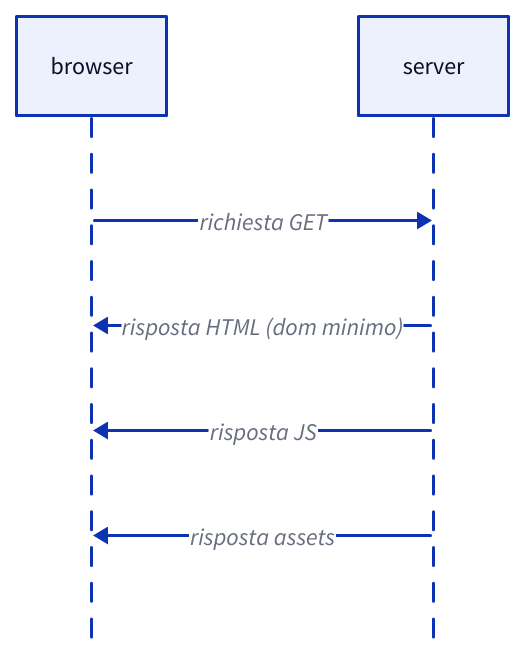
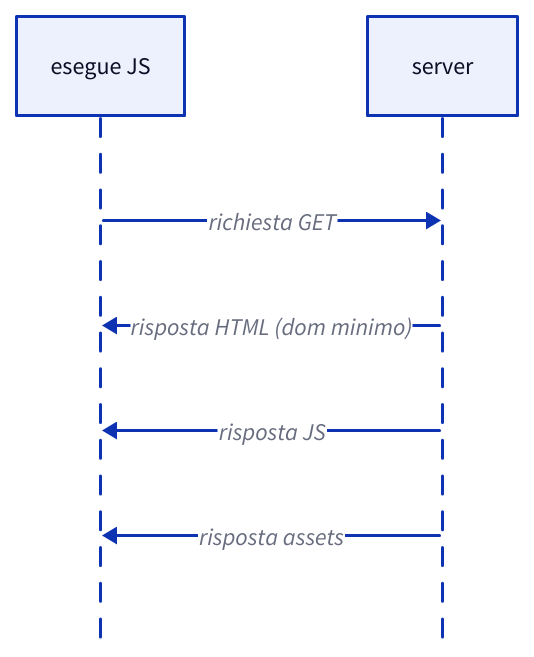
The diagram in 2-descrizione_delle_tecnologie.md (iacobucci/tesi-triennale), drawn with D2 before and after one commit.

Commit message:
2024-12-03 11:13:29

````diff
--- a/2-descrizione_delle_tecnologie.md
+++ b/2-descrizione_delle_tecnologie.md
@@ -20,9 +20,12 @@
 ```d2 {height=8cm}
 shape: sequence_diagram
+style.fill: white
 
 browser -> server: richiesta GET
 
 server -> browser: risposta HTML (dom minimo)
 server -> browser: risposta JS
 server -> browser: risposta assets
+
+browser: esegue JS
 ```
````
